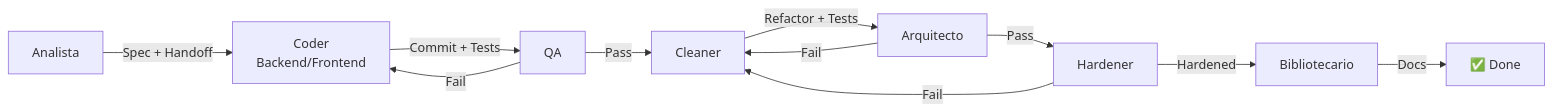
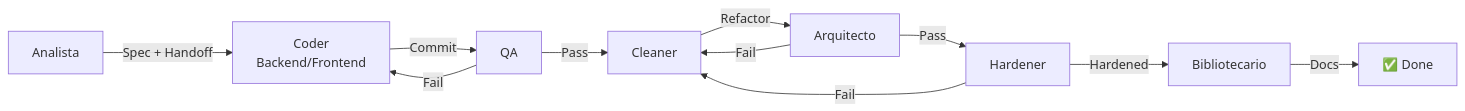
Before and after one commit to DavidAssuncion/pokemon: the diagram in docs/workflow.md, drawn with Mermaid. The commit also changed other lines of this file and 14 other files, not shown here.

````diff
--- a/docs/workflow.md
+++ b/docs/workflow.md
@@ -9,13 +9,13 @@
 ```mermaid
 flowchart LR
     A[Analista] -->|Spec + Handoff| B[Coder<br/>Backend/Frontend]
-    B -->|Commit + Tests| C[QA]
+    B -->|Commit| C[QA]
     C -->|Pass| D[Cleaner]
     C -->|Fail| B
-    D -->|Refactor + Tests| E[Arquitecto]
+    D -->|Refactor| E[Arquitecto]
     E -->|Pass| F[Hardener]
     E -->|Fail| D
     F -->|Hardened| G[Bibliotecario]
     F -->|Fail| D
     G -->|Docs| H[✅ Done]
 ```
````
